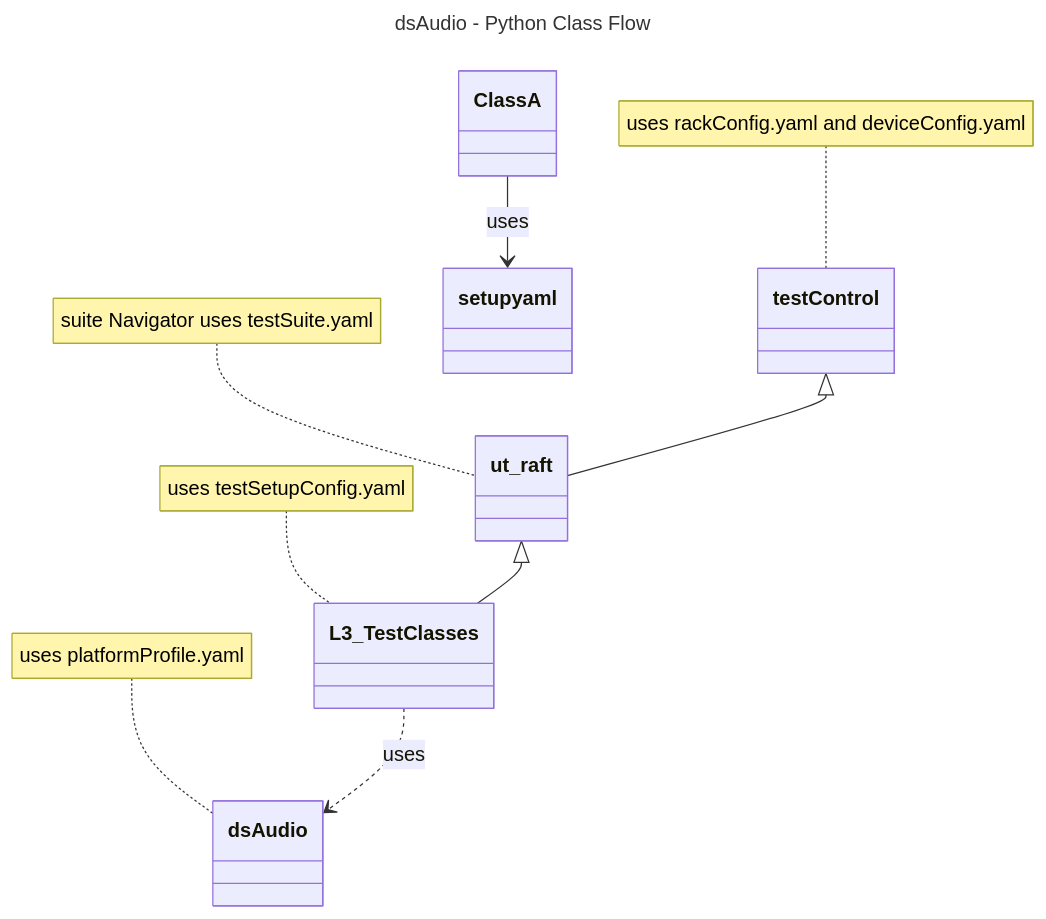
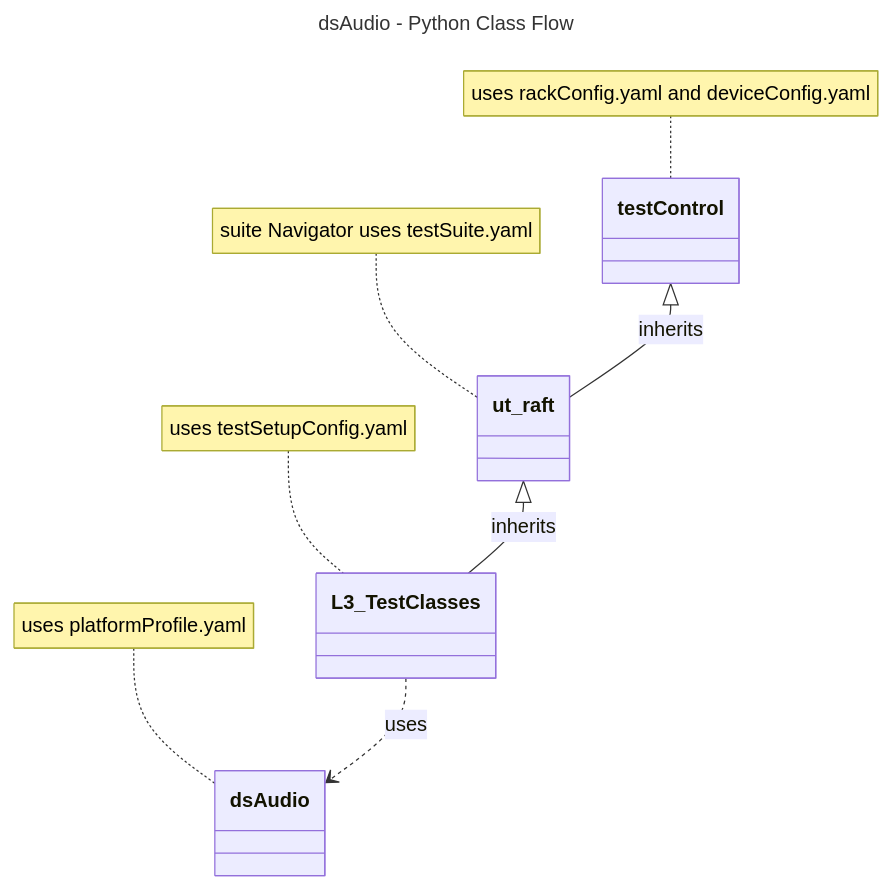
One commit to rdkcentral/rdk-halif-test-device_settings changed the diagram in docs/pages/dsAudio/ds-audio_L3_Low-Level_TestSpecification.md. Above: the diagram before and after it, drawn with Mermaid. The commit also changed other lines of this file, not shown here.

First line of the commit message:
gh #159: dsAudio L3 Python test code

````diff
--- a/docs/pages/dsAudio/ds-audio_L3_Low-Level_TestSpecification.md
+++ b/docs/pages/dsAudio/ds-audio_L3_Low-Level_TestSpecification.md
@@ -77,16 +77,15 @@
 ```mermaid
 ---
 title: dsAudio - Python Class Flow
 ---
 classDiagram
-    testControl <|-- ut_raft
+    testControl <|-- ut_raft : inherits
     class ut_raft{
     }
-    ut_raft <|-- L3_TestClasses
+    ut_raft <|-- L3_TestClasses : inherits
     L3_TestClasses ..> dsAudio : uses
     note for testControl "uses rackConfig.yaml and deviceConfig.yaml"
     note for dsAudio "uses platformProfile.yaml"
     note for L3_TestClasses "uses testSetupConfig.yaml"
     note for ut_raft "suite Navigator uses testSuite.yaml"
-    ClassA --> setupyaml : uses
 ```
````
